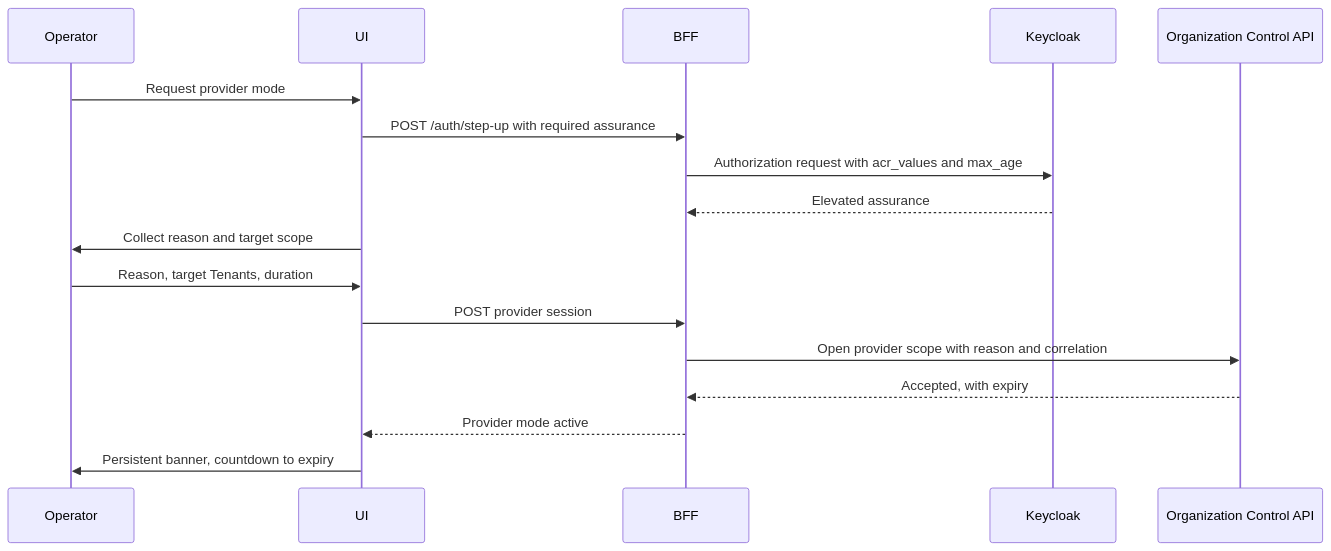
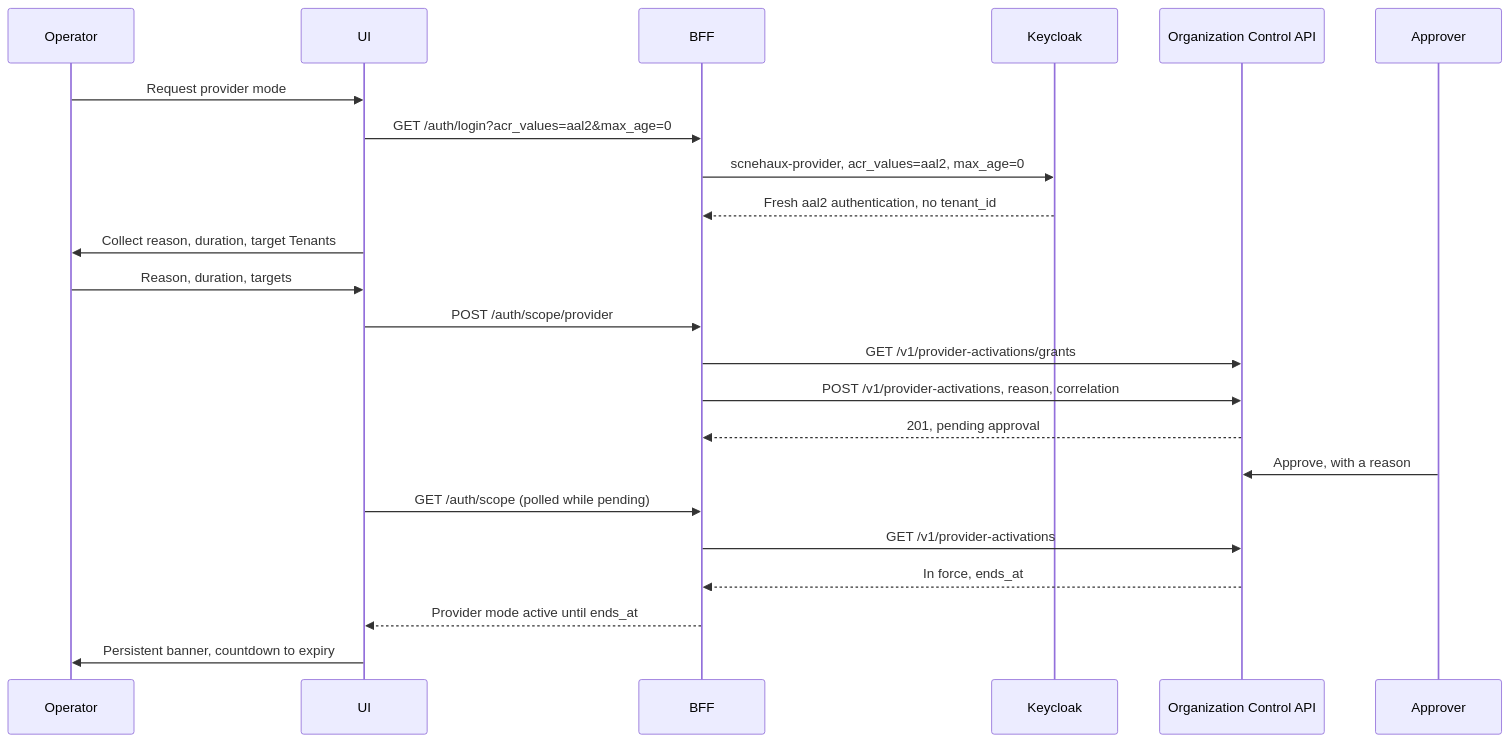
The diagram in docs/designs/TDD-organization-experience-001-administrative-scope-and-safe-operations.md (anshacerbia2/organization-experience), drawn with Mermaid before and after one commit. The commit also changed other lines of this file and 1 other file, not shown here.

First line of the commit message:
docs: TDD-001 1.2.0, the scopes as token forms and provider mode as an activation

````diff
--- a/docs/designs/TDD-organization-experience-001-administrative-scope-and-safe-operations.md
+++ b/docs/designs/TDD-organization-experience-001-administrative-scope-and-safe-operations.md
@@ -101,20 +130,26 @@
 ```mermaid
 sequenceDiagram
     participant O as Operator
     participant U as UI
     participant F as BFF
     participant K as Keycloak
     participant C as Organization Control API
+    participant A as Approver
 
     O->>U: Request provider mode
-    U->>F: POST /auth/step-up with required assurance
-    F->>K: Authorization request with acr_values and max_age
-    K-->>F: Elevated assurance
-    U->>O: Collect reason and target scope
-    O->>U: Reason, target Tenants, duration
-    U->>F: POST provider session
-    F->>C: Open provider scope with reason and correlation
-    C-->>F: Accepted, with expiry
-    F-->>U: Provider mode active
+    U->>F: GET /auth/login?acr_values=aal2&max_age=0
+    F->>K: scnehaux-provider, acr_values=aal2, max_age=0
+    K-->>F: Fresh aal2 authentication, no tenant_id
+    U->>O: Collect reason, duration, target Tenants
+    O->>U: Reason, duration, targets
+    U->>F: POST /auth/scope/provider
+    F->>C: GET /v1/provider-activations/grants
+    F->>C: POST /v1/provider-activations, reason, correlation
+    C-->>F: 201, pending approval
+    A->>C: Approve, with a reason
+    U->>F: GET /auth/scope (polled while pending)
+    F->>C: GET /v1/provider-activations
+    C-->>F: In force, ends_at
+    F-->>U: Provider mode active until ends_at
     U->>O: Persistent banner, countdown to expiry
 ```
````
